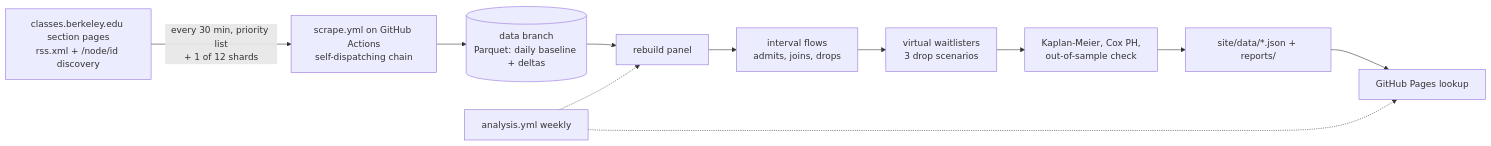
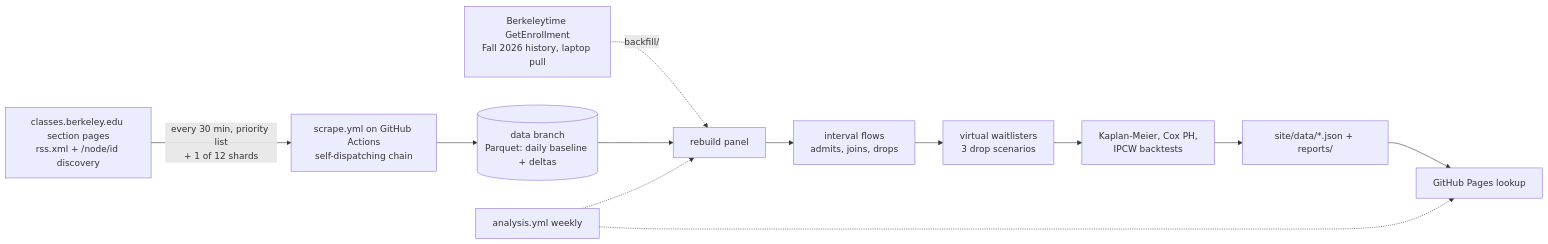
Before and after one commit to oliver139-chinesemole/berkeley-waitlist-odds: the diagram in README.md, drawn with Mermaid. The commit also changed other lines of this file and 8 other files, not shown here.

````diff
--- a/README.md
+++ b/README.md
@@ -15,10 +17,11 @@
 ```mermaid
 flowchart LR
   A[classes.berkeley.edu section pages<br/>rss.xml + /node/id discovery] -->|every 30 min, priority list<br/>+ 1 of 12 shards| B[scrape.yml on GitHub Actions<br/>self-dispatching chain]
   B --> C[(data branch<br/>Parquet: daily baseline + deltas)]
+  K[Berkeleytime GetEnrollment<br/>Fall 2026 history, laptop pull] -.->|backfill/| D
   C --> D[rebuild panel] --> E[interval flows<br/>admits, joins, drops] --> F[virtual waitlisters<br/>3 drop scenarios]
-  F --> G[Kaplan-Meier, Cox PH,<br/>out-of-sample check] --> H[site/data/*.json + reports/]
+  F --> G[Kaplan-Meier, Cox PH,<br/>IPCW backtests] --> H[site/data/*.json + reports/]
   H --> I[GitHub Pages lookup]
   J[analysis.yml weekly] -.-> D
   J -.-> I
 ```
````
